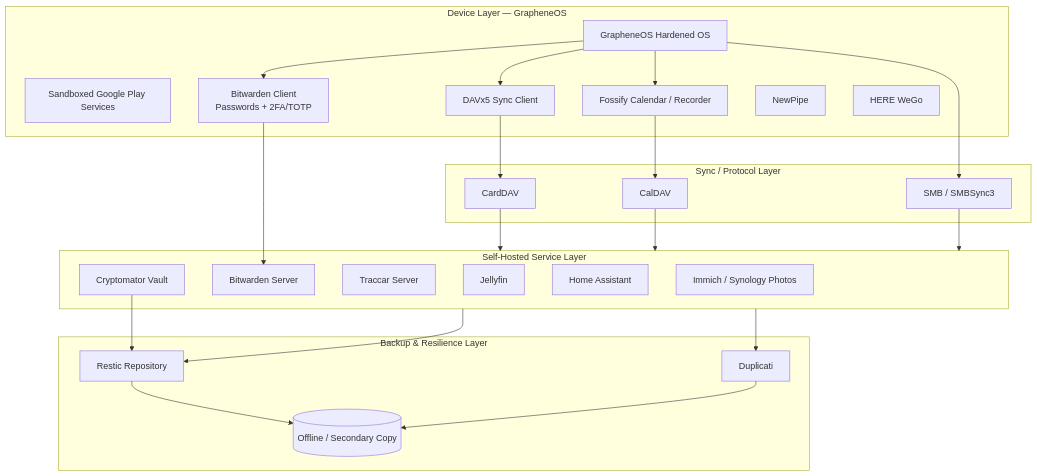
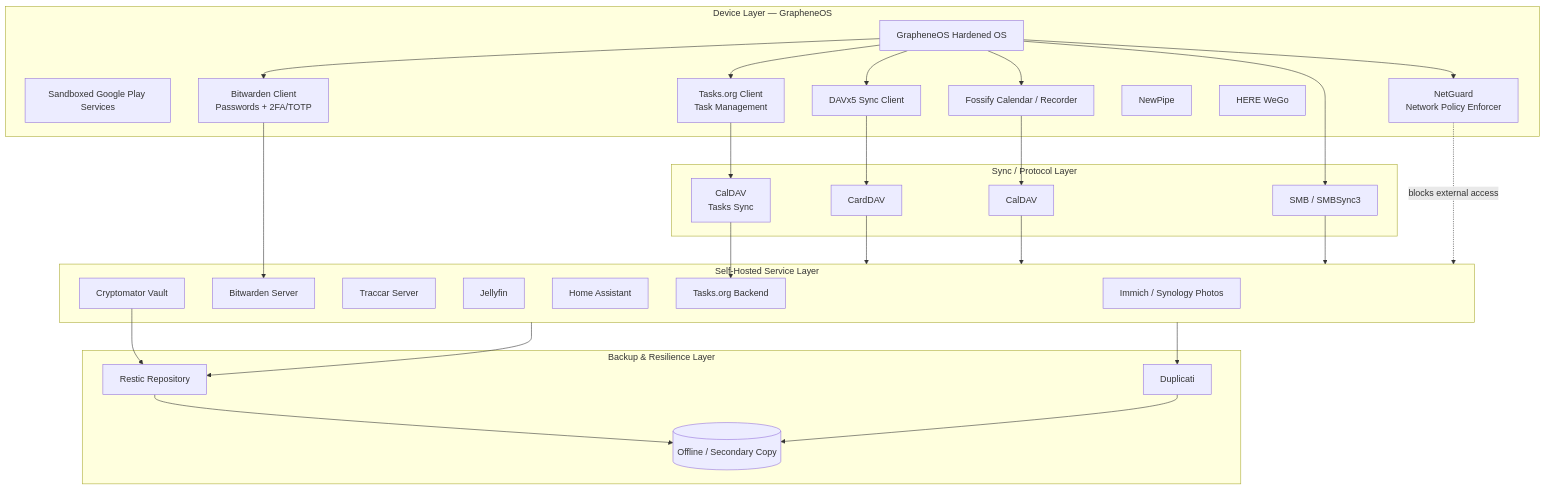
The first of 6 diagrams in README.md (Kf1sh27/DeGoogle), drawn with Mermaid before and after one commit. The commit also changed other lines of this file, not shown here.

Commit message:
Add Tasks.org and NetGuard to architecture, replacement matrix, and threat model

````diff
--- a/README.md
+++ b/README.md
@@ -43,41 +43,47 @@
 ```mermaid
 flowchart TB
     subgraph Device["Device Layer — GrapheneOS"]
         GOS[GrapheneOS Hardened OS]
         SGP[Sandboxed Google Play Services]
         DAVx5[DAVx5 Sync Client]
         Fossify[Fossify Calendar / Recorder]
         BWClient[Bitwarden Client<br/>Passwords + 2FA/TOTP]
+        TasksOrg[Tasks.org Client<br/>Task Management]
         NewPipe[NewPipe]
         HERE[HERE WeGo]
+        NetGuard[NetGuard<br/>Network Policy Enforcer]
     end
 
     subgraph Sync["Sync / Protocol Layer"]
         CardDAV[CardDAV]
         CalDAV[CalDAV]
+        TaskDAV[CalDAV<br/>Tasks Sync]
         SMB[SMB / SMBSync3]
     end
 
     subgraph Homelab["Self-Hosted Service Layer"]
         Immich[Immich / Synology Photos]
         Bitwarden[Bitwarden Server]
         Traccar[Traccar Server]
         Jellyfin[Jellyfin]
         HA[Home Assistant]
+        TasksBackend[Tasks.org Backend]
         CryptoVault[Cryptomator Vault]
     end
 
     subgraph BackupLayer["Backup & Resilience Layer"]
         Restic[Restic Repository]
         Duplicati[Duplicati]
         Offsite[(Offline / Secondary Copy)]
     end
 
     GOS --> DAVx5 --> CardDAV --> Homelab
     GOS --> Fossify --> CalDAV --> Homelab
+    GOS --> TasksOrg --> TaskDAV --> TasksBackend
     GOS --> BWClient --> Bitwarden
     GOS --> SMB --> Homelab
+    GOS --> NetGuard -.blocks external access.-> Homelab
     Homelab --> Restic --> Offsite
     Homelab --> Duplicati --> Offsite
     CryptoVault --> Restic
 ```
````
